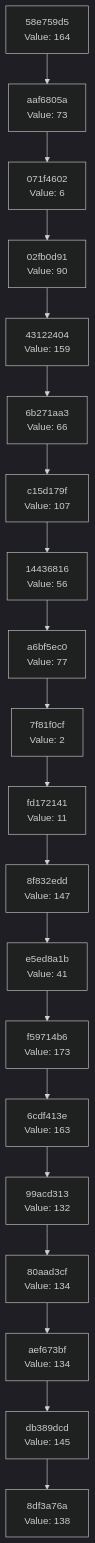
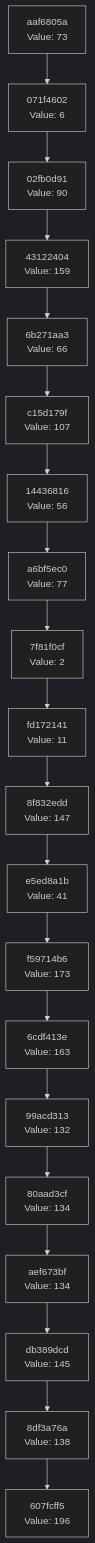
Before and after one commit to Abhisheksinha1506/hash-chain-evolver: the diagram in docs/CHAIN_VISUALIZATION.md, drawn with Mermaid (dark theme). The commit also changed 3 other files, not shown here.

````diff
--- a/docs/CHAIN_VISUALIZATION.md
+++ b/docs/CHAIN_VISUALIZATION.md
@@ -3,42 +3,42 @@
 ```mermaid
 graph TD
-    C0["8df3a76a<br/>Value: 138"]
-    C1["db389dcd<br/>Value: 145"]
+    C0["607fcff5<br/>Value: 196"]
+    C1["8df3a76a<br/>Value: 138"]
     C1 --> C0
-    C2["aef673bf<br/>Value: 134"]
+    C2["db389dcd<br/>Value: 145"]
     C2 --> C1
-    C3["80aad3cf<br/>Value: 134"]
+    C3["aef673bf<br/>Value: 134"]
     C3 --> C2
-    C4["99acd313<br/>Value: 132"]
+    C4["80aad3cf<br/>Value: 134"]
     C4 --> C3
-    C5["6cdf413e<br/>Value: 163"]
+    C5["99acd313<br/>Value: 132"]
     C5 --> C4
-    C6["f59714b6<br/>Value: 173"]
+    C6["6cdf413e<br/>Value: 163"]
     C6 --> C5
-    C7["e5ed8a1b<br/>Value: 41"]
+    C7["f59714b6<br/>Value: 173"]
     C7 --> C6
-    C8["8f832edd<br/>Value: 147"]
+    C8["e5ed8a1b<br/>Value: 41"]
     C8 --> C7
-    C9["fd172141<br/>Value: 11"]
+    C9["8f832edd<br/>Value: 147"]
     C9 --> C8
-    C10["7f81f0cf<br/>Value: 2"]
+    C10["fd172141<br/>Value: 11"]
     C10 --> C9
-    C11["a6bf5ec0<br/>Value: 77"]
+    C11["7f81f0cf<br/>Value: 2"]
     C11 --> C10
-    C12["14436816<br/>Value: 56"]
+    C12["a6bf5ec0<br/>Value: 77"]
     C12 --> C11
-    C13["c15d179f<br/>Value: 107"]
+    C13["14436816<br/>Value: 56"]
     C13 --> C12
-    C14["6b271aa3<br/>Value: 66"]
+    C14["c15d179f<br/>Value: 107"]
     C14 --> C13
-    C15["43122404<br/>Value: 159"]
+    C15["6b271aa3<br/>Value: 66"]
     C15 --> C14
-    C16["02fb0d91<br/>Value: 90"]
+    C16["43122404<br/>Value: 159"]
     C16 --> C15
-    C17["071f4602<br/>Value: 6"]
+    C17["02fb0d91<br/>Value: 90"]
     C17 --> C16
-    C18["aaf6805a<br/>Value: 73"]
+    C18["071f4602<br/>Value: 6"]
     C18 --> C17
-    C19["58e759d5<br/>Value: 164"]
+    C19["aaf6805a<br/>Value: 73"]
     C19 --> C18
 ```
````
